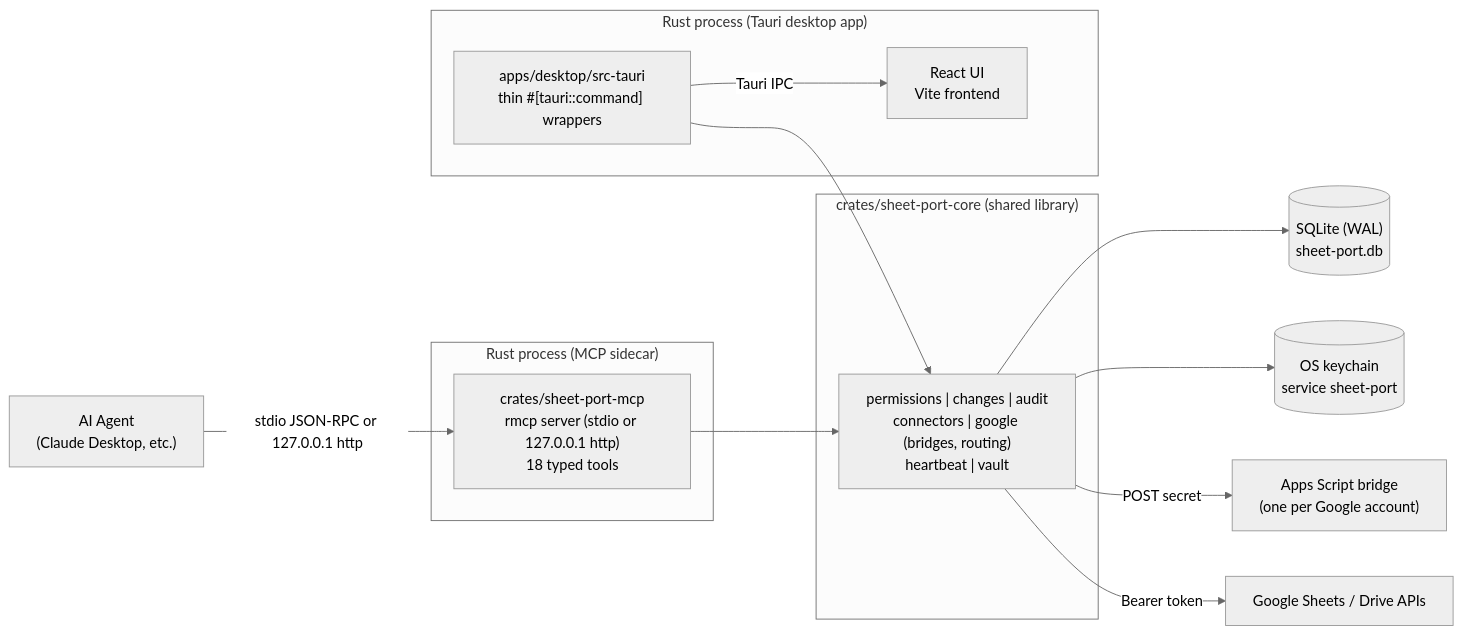
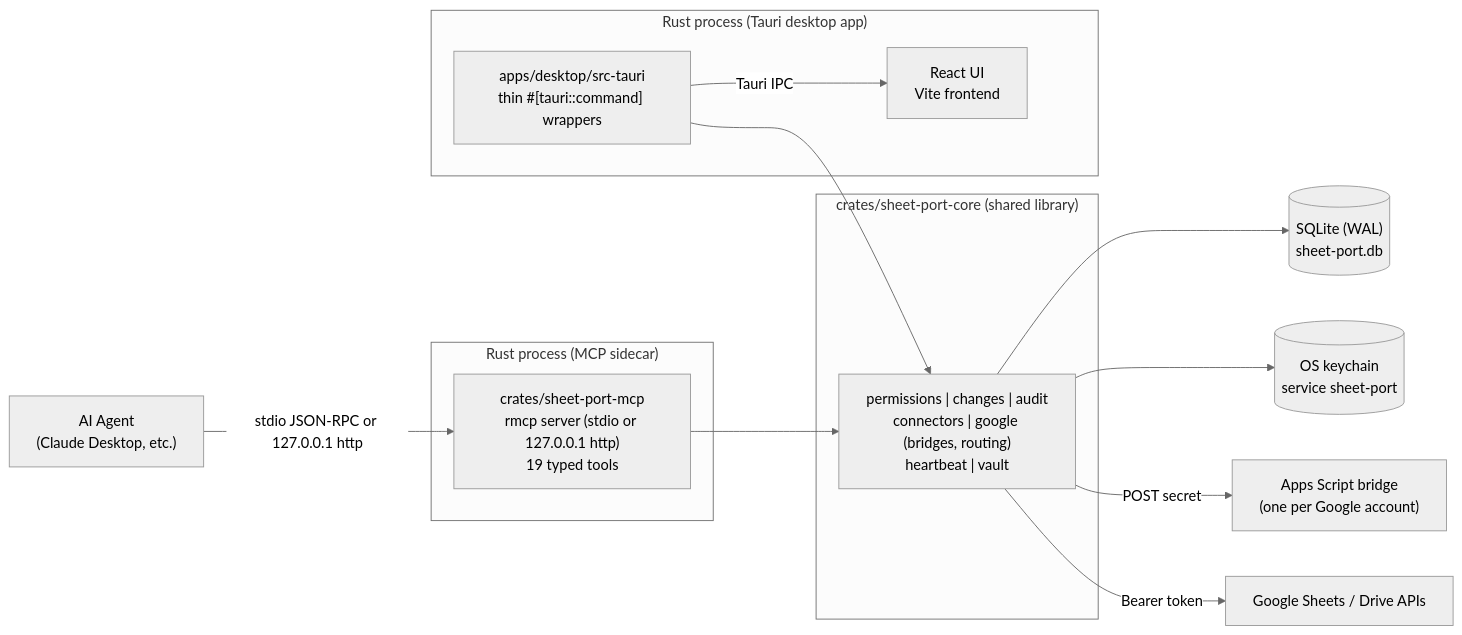
Before and after one commit to h1dr0nn/airtable-sheet-port: the first of 3 diagrams in docs/architecture.md, drawn with Mermaid (neutral theme). The commit also changed other lines of this file and 23 other files, not shown here.

````diff
--- a/docs/architecture.md
+++ b/docs/architecture.md
@@ -32,30 +32,30 @@
 ```mermaid
 flowchart LR
   Agent["AI Agent<br/>(Claude Desktop, etc.)"]
   DB[("SQLite (WAL)<br/>sheet-port.db")]
   KC[("OS keychain<br/>service sheet-port")]
   Bridge["Apps Script bridge<br/>(one per Google account)"]
   Google["Google Sheets / Drive APIs"]
 
   subgraph Sidecar["Rust process (MCP sidecar)"]
-    MCP["crates/sheet-port-mcp<br/>rmcp server (stdio or 127.0.0.1 http)<br/>18 typed tools"]
+    MCP["crates/sheet-port-mcp<br/>rmcp server (stdio or 127.0.0.1 http)<br/>19 typed tools"]
   end
 
   subgraph Core["crates/sheet-port-core (shared library)"]
     Logic["permissions | changes | audit<br/>connectors | google (bridges, routing)<br/>heartbeat | vault"]
   end
 
   subgraph Desktop["Rust process (Tauri desktop app)"]
     Rust["apps/desktop/src-tauri<br/>thin #[tauri::command] wrappers"]
     React["React UI<br/>Vite frontend"]
   end
 
   Agent -->|stdio JSON-RPC or 127.0.0.1 http| MCP
   MCP --> Logic
   Rust --> Logic
   Logic --> DB
   Logic --> KC
   Logic -->|POST secret| Bridge
   Logic -->|Bearer token| Google
   Rust -->|Tauri IPC| React
 ```
````
